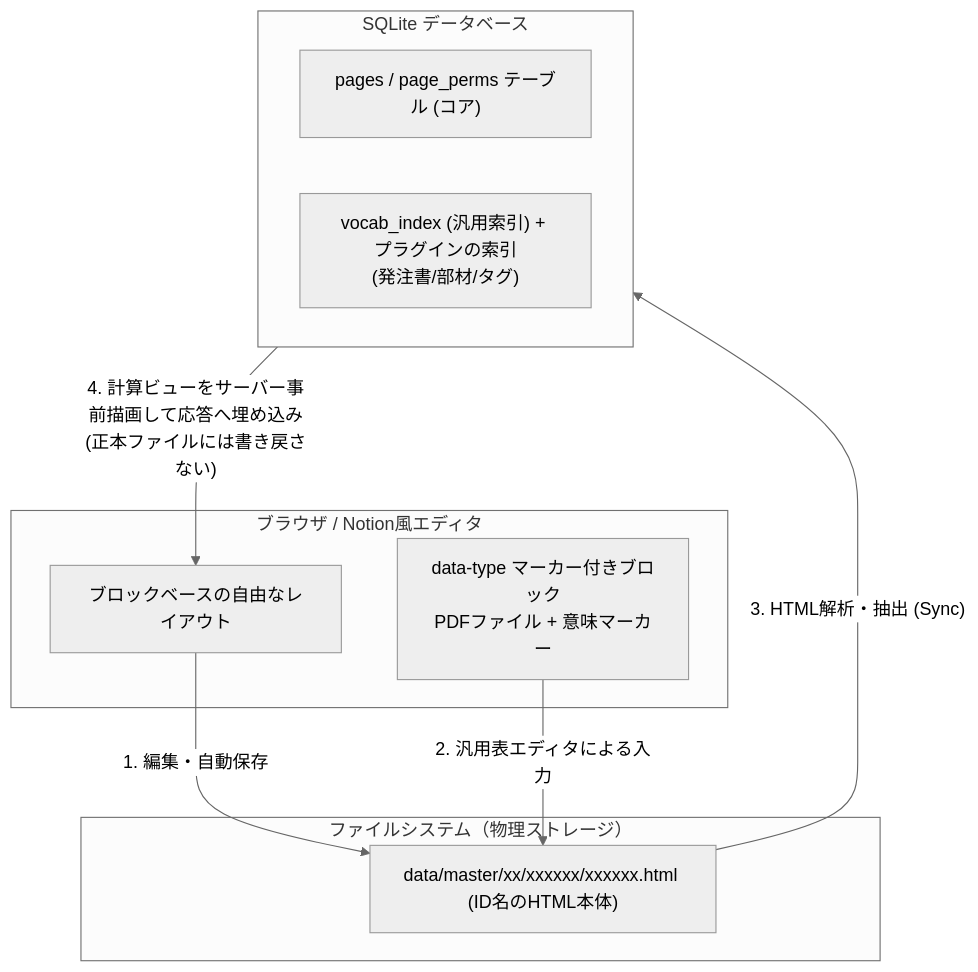
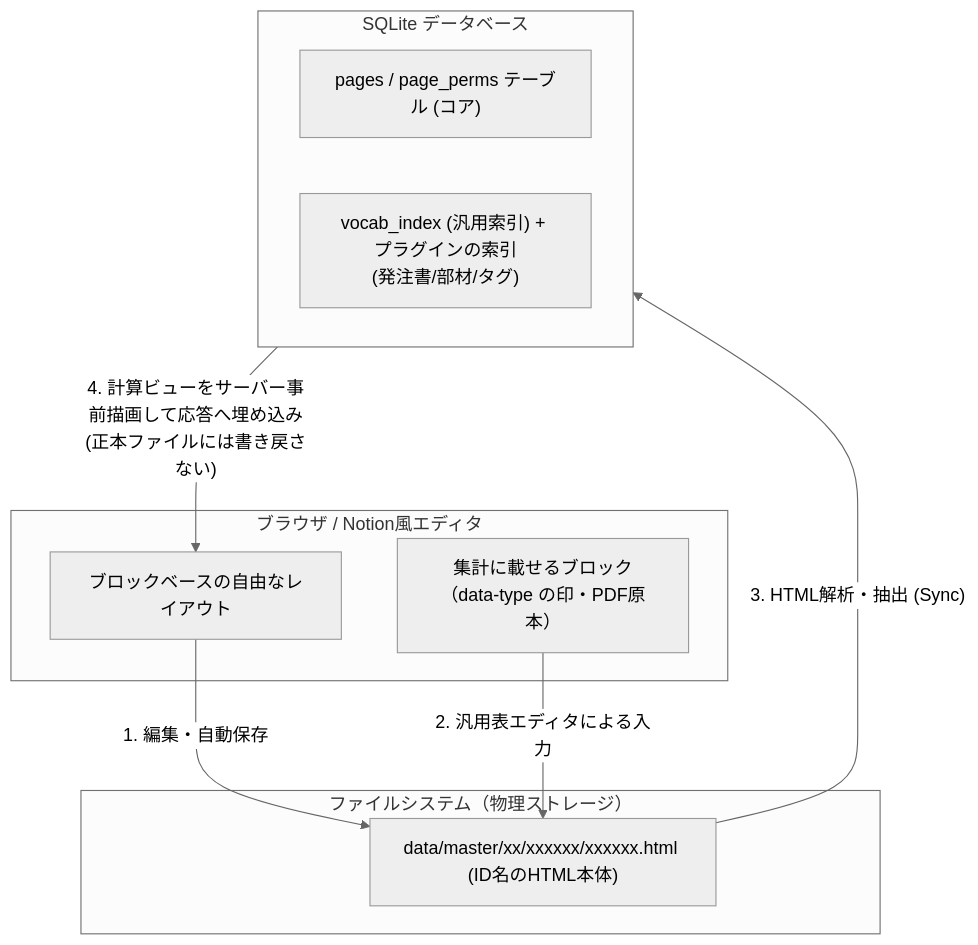
Before and after one commit to wordring/w-cms: the diagram in docs/コンセプト.md, drawn with Mermaid (neutral theme). The commit also changed other lines of this file and 3 other files, not shown here.

First line of the commit message:
docs: data-type を「意味の主」として語る箇所を副の位置づけへ揃える

````diff
--- a/docs/コンセプト.md
+++ b/docs/コンセプト.md
@@ -43,21 +43,21 @@
 ```mermaid
 graph TD
     subgraph Browser ["ブラウザ / Notion風エディタ"]
         UI[ブロックベースの自由なレイアウト]
-        FBlock["data-type マーカー付きブロック<br>PDFファイル + 意味マーカー"]
+        FBlock["集計に載せるブロック<br>（data-type の印・PDF原本）"]
     end
 
     subgraph Storage ["ファイルシステム（物理ストレージ）"]
         F1["data/master/xx/xxxxxx/xxxxxx.html (ID名のHTML本体)"]
     end
 
     subgraph DB ["SQLite データベース"]
         T1["pages / page_perms テーブル (コア)"]
         T2["vocab_index (汎用索引) + プラグインの索引<br>(発注書/部材/タグ)"]
     end
 
     UI -- "1. 編集・自動保存" --> F1
     FBlock -- "2. 汎用表エディタによる入力" --> F1
     F1 -- "3. HTML解析・抽出 (Sync)" --> DB
     DB -- "4. 計算ビューをサーバー事前描画して応答へ埋め込み<br>(正本ファイルには書き戻さない)" --> UI
 ```
````
